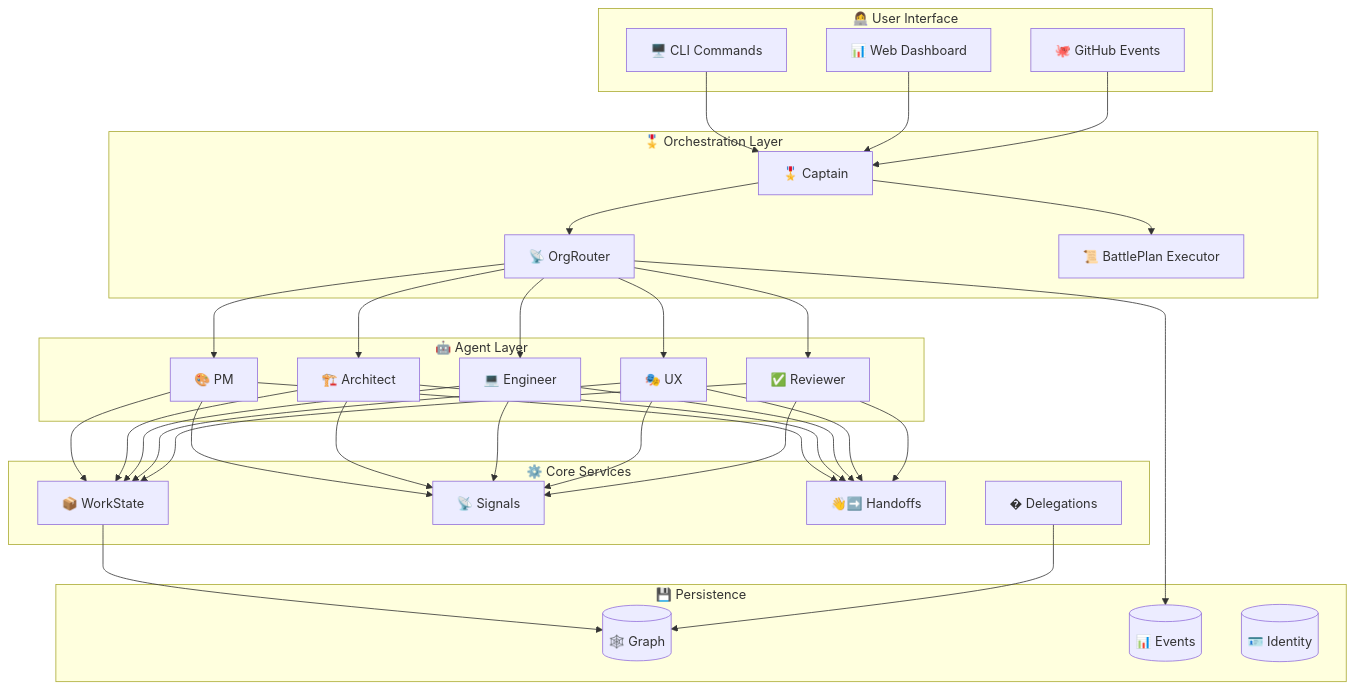
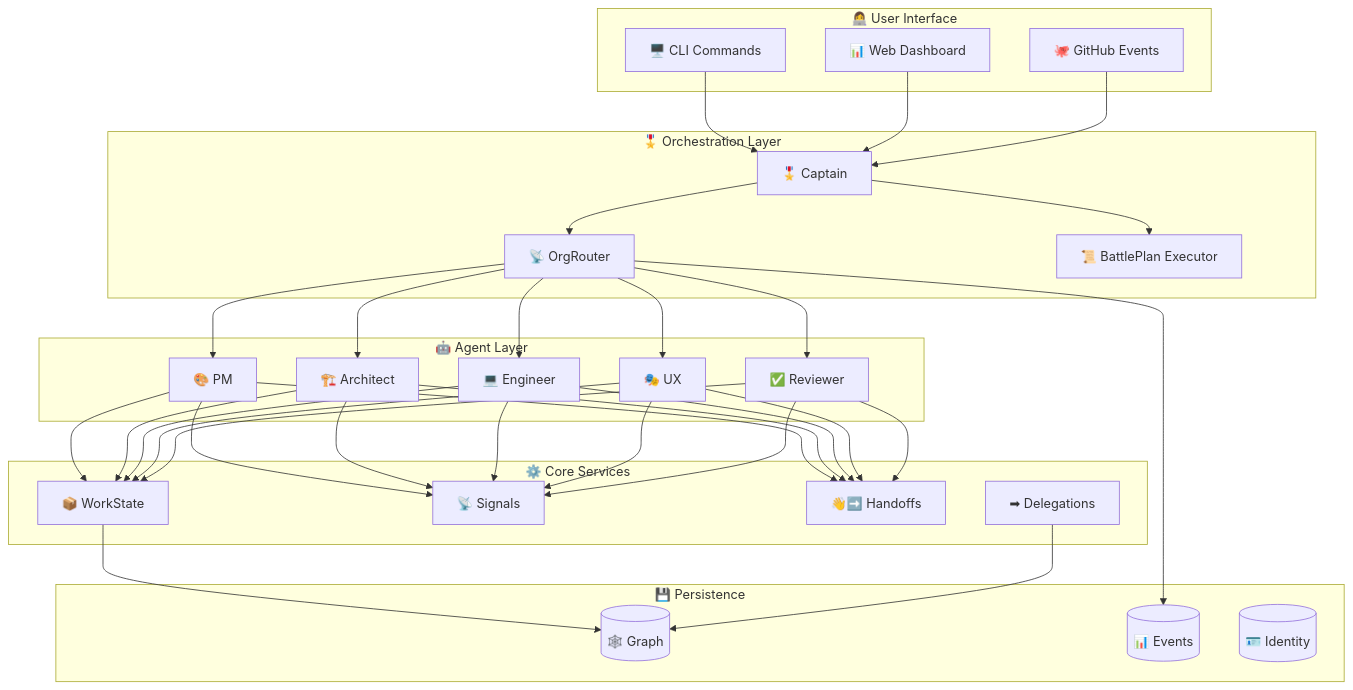
Before and after one commit to jnPiyush/AI-Squad: the seventh of 7 diagrams in README.md, drawn with Mermaid. The commit also changed other lines of this file, not shown here.

````diff
--- a/README.md
+++ b/README.md
@@ -530,43 +530,43 @@
 ```mermaid
 graph TB
     subgraph "👩‍💻 User Interface"
         CLI["🖥️ CLI Commands"]
         Dashboard["📊 Web Dashboard"]
         GH["🐙 GitHub Events"]
     end
     
     subgraph "🎖️ Orchestration Layer"
         Captain["🎖️ Captain"]
         Router["📡 OrgRouter"]
         BPE["📜 BattlePlan Executor"]
     end
     
     subgraph "🤖 Agent Layer"
         PM["🎨 PM"]
         Arch["🏗️ Architect"]
         Eng["💻 Engineer"]
         UX["🎭 UX"]
         Rev["✅ Reviewer"]
     end
     
     subgraph "⚙️ Core Services"
         WS["📦 WorkState"]
         Signal["📡 Signals"]
         Handoff["👋➡️ Handoffs"]
-        Del["� Delegations"]
+        Del["➡ Delegations"]
     end
     
     subgraph "💾 Persistence"
         Graph[("🕸️ Graph")]
         Events[("📊 Events")]
         Identity[("🪪 Identity")]
     end
     
     CLI & Dashboard & GH --> Captain
     Captain --> Router --> PM & Arch & Eng & UX & Rev
     Captain --> BPE
     PM & Arch & Eng & UX & Rev --> WS & Signal & Handoff
     WS --> Graph
     Del --> Graph
     Router --> Events
 ```
````
